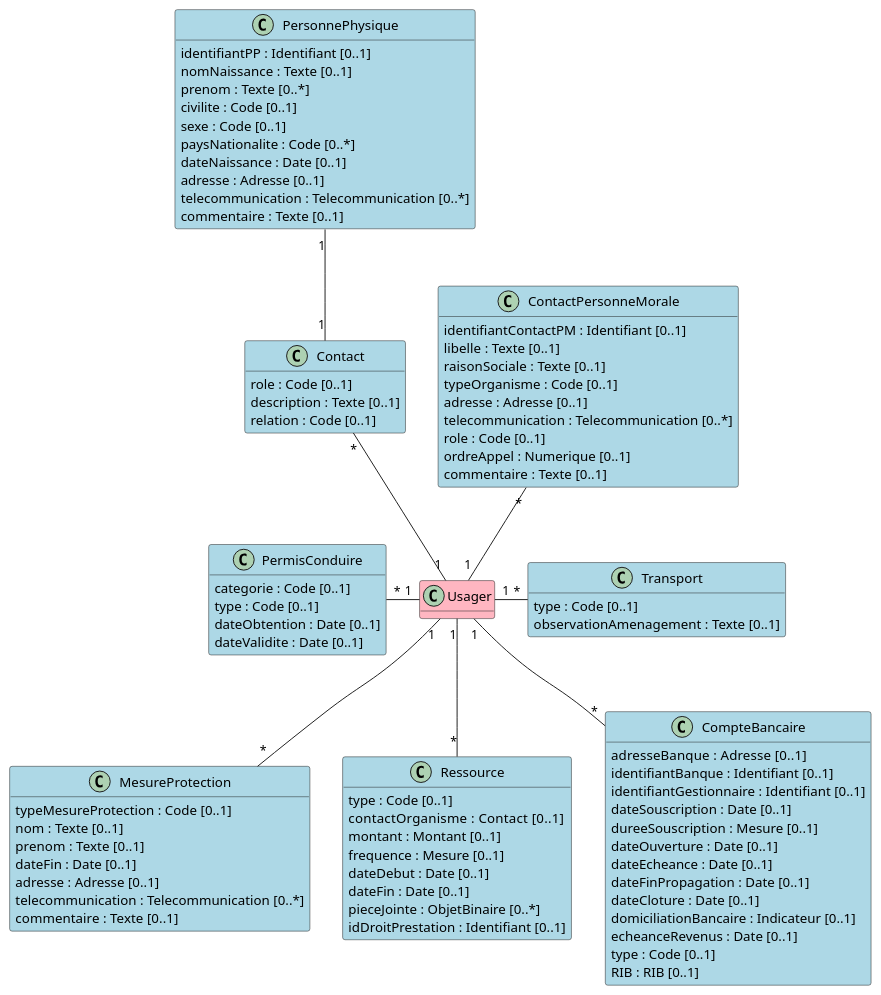
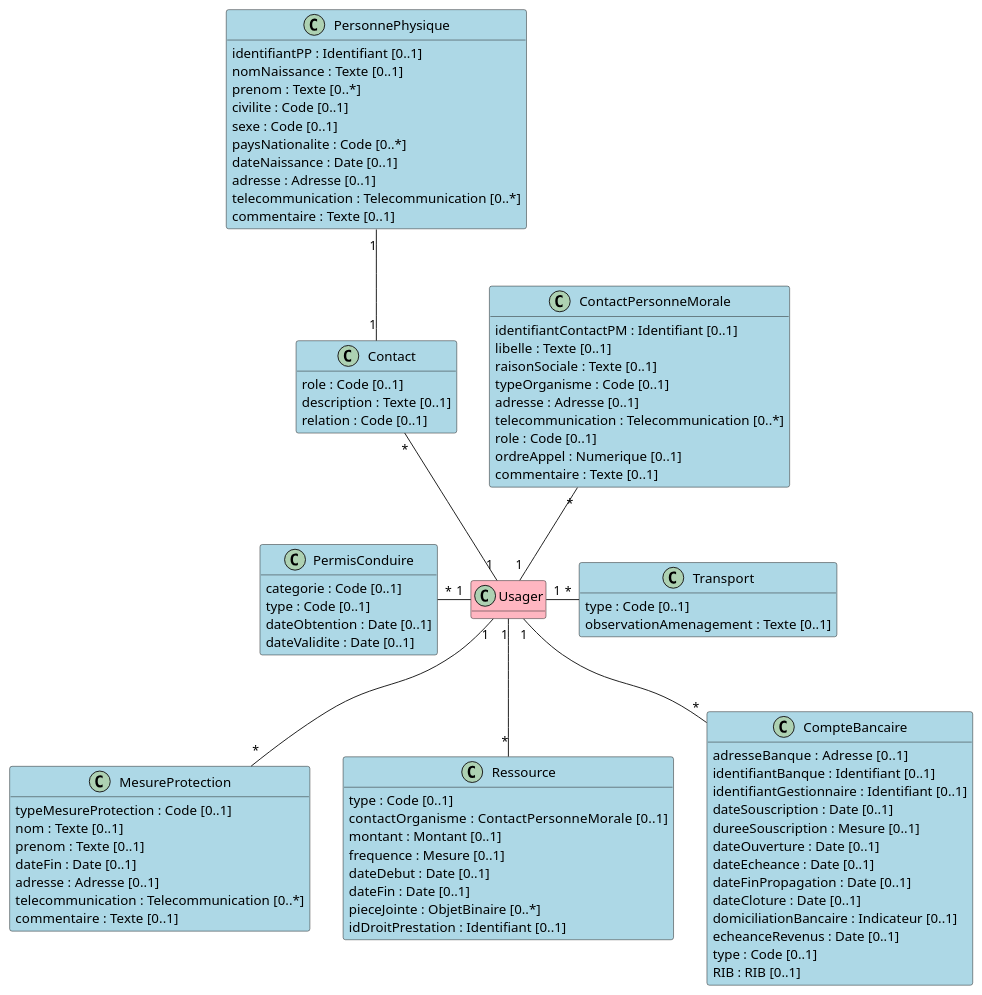
The diagram in input/images-source/bloc_environnement_ressources.plantuml (ansforge/IG-fhir-medicosocial-transfert-donnees-dui), drawn with PlantUML before and after one commit. The commit also changed 2 other files, not shown here.

```diff
--- a/input/images-source/bloc_environnement_ressources.plantuml
+++ b/input/images-source/bloc_environnement_ressources.plantuml
@@ -1,98 +1,98 @@
 @startuml
 
 hide empty methods
 
 class Usager #LightPink
 
 class Contact #LightBlue {
     role : Code [0..1]
     description : Texte [0..1]
     relation : Code [0..1]
     }
 
 
 class PersonnePhysique #LightBlue {
     identifiantPP : Identifiant [0..1]
     nomNaissance : Texte [0..1]
     prenom : Texte [0..*]
     civilite : Code [0..1]
     sexe : Code [0..1]
     paysNationalite : Code [0..*]
     dateNaissance : Date [0..1]
     adresse : Adresse [0..1]
     telecommunication : Telecommunication [0..*]
     commentaire : Texte [0..1]
 }
 
 class ContactPersonneMorale #LightBlue {
     identifiantContactPM : Identifiant [0..1]
     libelle : Texte [0..1]
     raisonSociale : Texte [0..1]
     typeOrganisme : Code [0..1]
     adresse : Adresse [0..1]
     telecommunication : Telecommunication [0..*]
     role : Code [0..1]
     ordreAppel : Numerique [0..1]
     commentaire : Texte [0..1]
 }
 
 class MesureProtection #LightBlue {
     typeMesureProtection : Code [0..1]
     nom : Texte [0..1]
     prenom : Texte [0..1]
     dateFin : Date [0..1]
     adresse : Adresse [0..1]
     telecommunication : Telecommunication [0..*]
     commentaire : Texte [0..1]
 }
 
 class Transport #LightBlue {
     type : Code [0..1]
     observationAmenagement : Texte [0..1]
 }
 
 class PermisConduire #LightBlue {
     categorie : Code [0..1]
     type : Code [0..1]
     dateObtention : Date [0..1]
     dateValidite : Date [0..1]
 }
 
 class Ressource #LightBlue {
     type : Code [0..1]
-    contactOrganisme :  Contact  [0..1]
+    contactOrganisme :  ContactPersonneMorale  [0..1]
     montant : Montant [0..1]
     frequence : Mesure [0..1]
     dateDebut : Date [0..1]
     dateFin : Date [0..1]
     pieceJointe : ObjetBinaire [0..*]
     idDroitPrestation : Identifiant [0..1]
 }
 
 class CompteBancaire #LightBlue {
     adresseBanque :  Adresse [0..1]
     identifiantBanque : Identifiant [0..1]
     identifiantGestionnaire : Identifiant [0..1]
     dateSouscription : Date [0..1]
     dureeSouscription : Mesure [0..1]
     dateOuverture : Date [0..1]
     dateEcheance : Date [0..1]
     dateFinPropagation : Date [0..1]
     dateCloture : Date [0..1]
     domiciliationBancaire : Indicateur [0..1]
     echeanceRevenus : Date [0..1]
     type : Code [0..1]
     RIB : RIB [0..1]
 }
 
 Contact "*" -- "1" Usager
 PersonnePhysique "1" -- "1" Contact
 
 ContactPersonneMorale "*" -- "1" Usager 
 PermisConduire "*" - "1" Usager 
 Usager"1" - "*" Transport 
 Usager "1" -- "*" MesureProtection
 Usager "1" -- "*" CompteBancaire
 Usager "1" -- "*" Ressource
 
 @enduml
```
